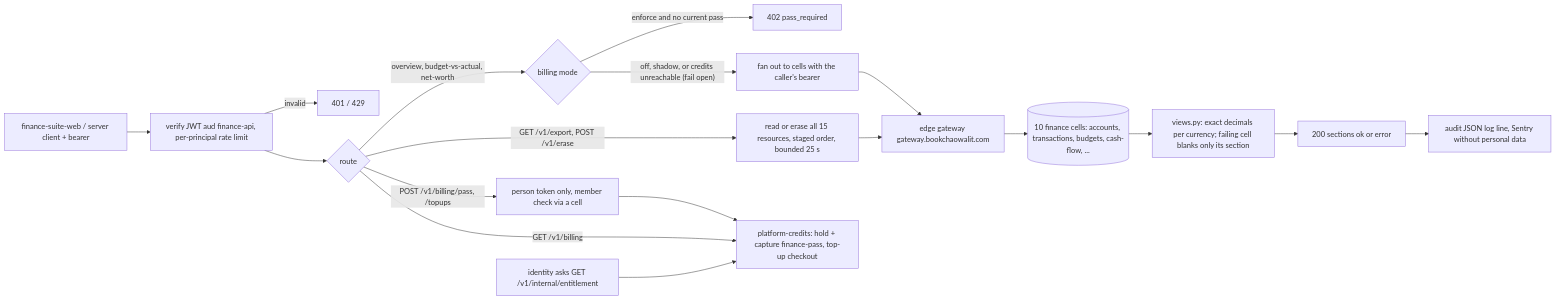
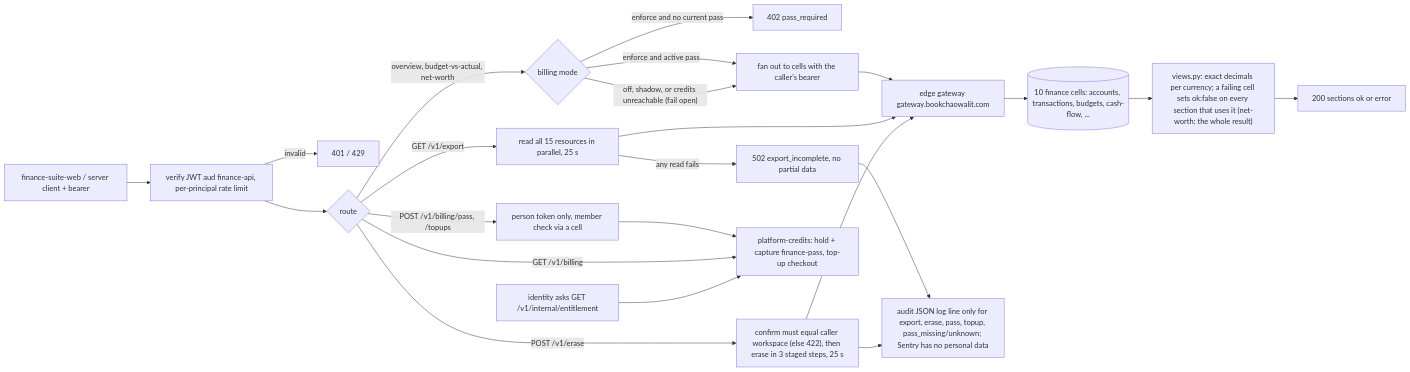
One commit to bookchaowalit/finance-api changed the first of 2 diagrams in docs/diagrams/01-business-process.md. Above: the diagram before and after it, drawn with Mermaid. The commit also changed other lines of this file, not shown here.

Commit message:
docs: correct As-Is/To-Be facts from review (01-business-process)

````diff
--- a/docs/diagrams/01-business-process.md
+++ b/docs/diagrams/01-business-process.md
@@ -9,20 +9,25 @@
 ```mermaid
 flowchart LR
   WEB["finance-suite-web / server client + bearer"] --> AUTH["verify JWT aud finance-api, per-principal rate limit"]
   AUTH -->|invalid| E401["401 / 429"]
   AUTH --> ROUTE{"route"}
   ROUTE -->|"overview, budget-vs-actual, net-worth"| GATE{"billing mode"}
   GATE -->|"enforce and no current pass"| E402["402 pass_required"]
+  GATE -->|"enforce and active pass"| FAN
   GATE -->|"off, shadow, or credits unreachable (fail open)"| FAN["fan out to cells with the caller's bearer"]
   FAN --> GW["edge gateway gateway.bookchaowalit.com"]
   GW --> CELLS[("10 finance cells: accounts, transactions, budgets, cash-flow, ...")]
-  CELLS --> VIEW["views.py: exact decimals per currency; failing cell blanks only its section"]
+  CELLS --> VIEW["views.py: exact decimals per currency; a failing cell sets ok:false on every section that uses it (net-worth: the whole result)"]
   VIEW --> RESP["200 sections ok or error"]
-  ROUTE -->|"GET /v1/export, POST /v1/erase"| PDPA["read or erase all 15 resources, staged order, bounded 25 s"]
-  PDPA --> GW
+  ROUTE -->|"GET /v1/export"| EXP["read all 15 resources in parallel, 25 s"]
+  EXP -->|"any read fails"| E502["502 export_incomplete, no partial data"]
+  ROUTE -->|"POST /v1/erase"| ERASE["confirm must equal caller workspace (else 422), then erase in 3 staged steps, 25 s"]
+  EXP --> GW
+  ERASE --> GW
   ROUTE -->|"POST /v1/billing/pass, /topups"| MEMBER["person token only, member check via a cell"]
   MEMBER --> CREDITS["platform-credits: hold + capture finance-pass, top-up checkout"]
   ROUTE -->|"GET /v1/billing"| CREDITS
   ENT["identity asks GET /v1/internal/entitlement"] --> CREDITS
-  RESP --> LOG["audit JSON log line, Sentry without personal data"]
+  E502 --> LOG["audit JSON log line only for export, erase, pass, topup, pass_missing/unknown; Sentry has no personal data"]
+  ERASE --> LOG
 ```
````
